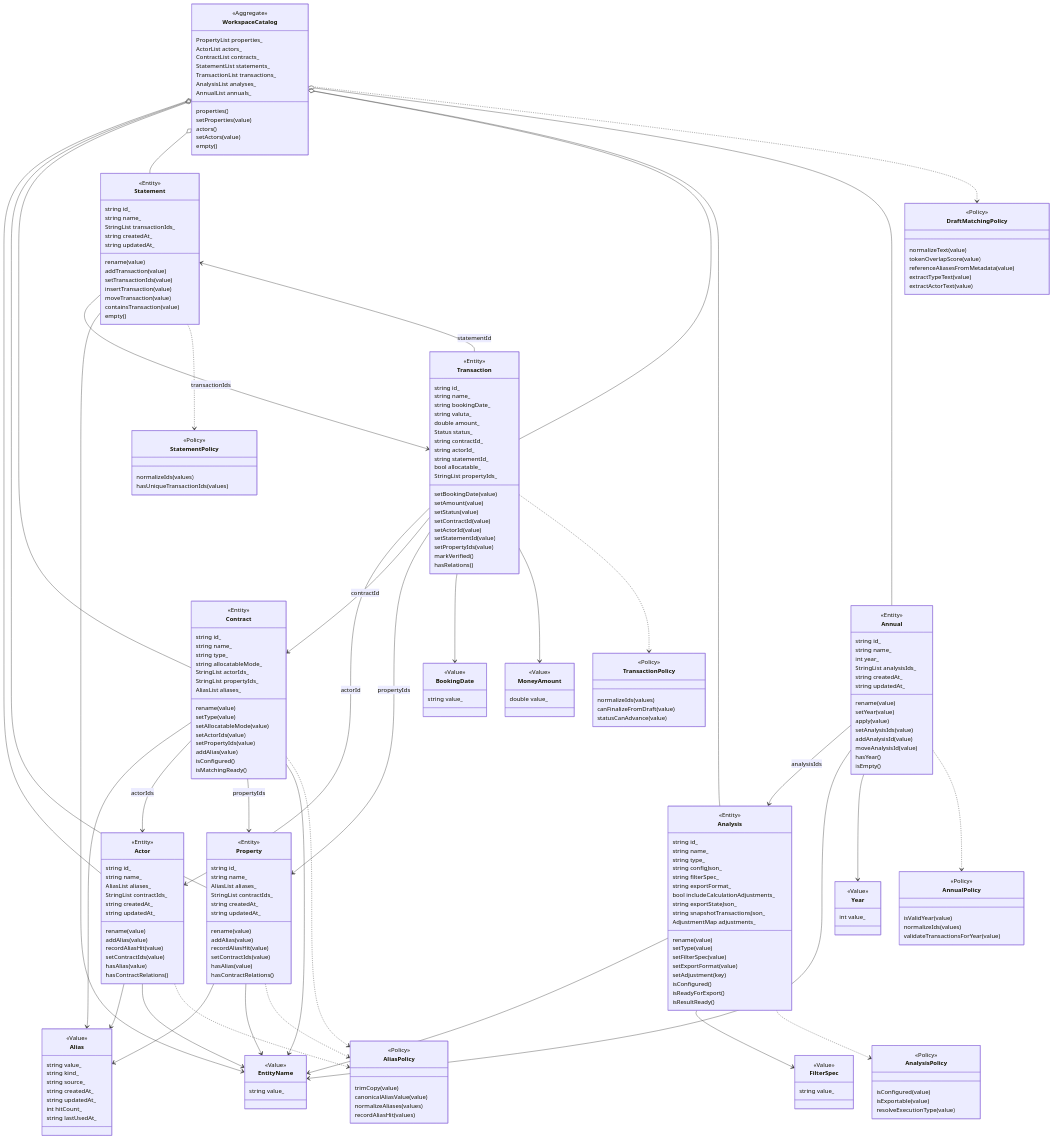
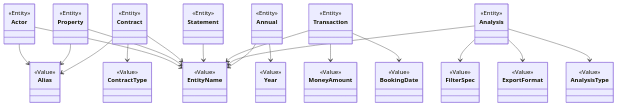
The fourth of 19 diagrams in docs/DESIGN.md (Wiiii90/FOSSredder), drawn with Mermaid before and after one commit. The commit also changed other lines of this file and 6 other files, not shown here.

````diff
--- a/docs/DESIGN.md
+++ b/docs/DESIGN.md
@@ -369,271 +333,71 @@
 classDiagram
     direction TB
 
-    class WorkspaceCatalog {
-        <<Aggregate>>
-        PropertyList properties_
-        ActorList actors_
-        ContractList contracts_
-        StatementList statements_
-        TransactionList transactions_
-        AnalysisList analyses_
-        AnnualList annuals_
-        properties()
-        setProperties(value)
-        actors()
-        setActors(value)
-        empty()
-    }
-
     class Actor {
         <<Entity>>
-        string id_
-        string name_
-        AliasList aliases_
-        StringList contractIds_
-        string createdAt_
-        string updatedAt_
-        rename(value)
-        addAlias(value)
-        recordAliasHit(value)
-        setContractIds(value)
-        hasAlias(value)
-        hasContractRelations()
     }
-
     class Property {
         <<Entity>>
-        string id_
-        string name_
-        AliasList aliases_
-        StringList contractIds_
-        string createdAt_
-        string updatedAt_
-        rename(value)
-        addAlias(value)
-        recordAliasHit(value)
-        setContractIds(value)
-        hasAlias(value)
-        hasContractRelations()
     }
-
     class Contract {
         <<Entity>>
-        string id_
-        string name_
-        string type_
-        string allocatableMode_
-        StringList actorIds_
-        StringList propertyIds_
-        AliasList aliases_
-        rename(value)
-        setType(value)
-        setAllocatableMode(value)
-        setActorIds(value)
-        setPropertyIds(value)
-        addAlias(value)
-        isConfigured()
-        isMatchingReady()
     }
-
     class Statement {
         <<Entity>>
-        string id_
-        string name_
-        StringList transactionIds_
-        string createdAt_
-        string updatedAt_
-        rename(value)
-        addTransaction(value)
-        setTransactionIds(value)
-        insertTransaction(value)
-        moveTransaction(value)
-        containsTransaction(value)
-        empty()
     }
-
     class Transaction {
         <<Entity>>
-        string id_
-        string name_
-        string bookingDate_
-        string valuta_
-        double amount_
-        Status status_
-        string contractId_
-        string actorId_
-        string statementId_
-        bool allocatable_
-        StringList propertyIds_
-        setBookingDate(value)
-        setAmount(value)
-        setStatus(value)
-        setContractId(value)
-        setActorId(value)
-        setStatementId(value)
-        setPropertyIds(value)
-        markVerified()
-        hasRelations()
     }
-
     class Analysis {
         <<Entity>>
-        string id_
-        string name_
-        string type_
-        string configJson_
-        string filterSpec_
-        string exportFormat_
-        bool includeCalculationAdjustments_
-        string exportStateJson_
-        string snapshotTransactionsJson_
-        AdjustmentMap adjustments_
-        rename(value)
-        setType(value)
-        setFilterSpec(value)
-        setExportFormat(value)
-        setAdjustment(key)
-        isConfigured()
-        isReadyForExport()
-        isResultReady()
     }
-
     class Annual {
         <<Entity>>
-        string id_
-        string name_
-        int year_
-        StringList analysisIds_
-        string createdAt_
-        string updatedAt_
-        rename(value)
-        setYear(value)
-        apply(value)
-        setAnalysisIds(value)
-        addAnalysisId(value)
-        moveAnalysisId(value)
-        hasYear()
-        isEmpty()
-    }
-
-    class Alias {
-        <<Value>>
-        string value_
-        string kind_
-        string source_
-        string createdAt_
-        string updatedAt_
-        int hitCount_
-        string lastUsedAt_
     }
 
     class EntityName {
         <<Value>>
-        string value_
     }
-
+    class Alias {
+        <<Value>>
+    }
+    class ContractType {
+        <<Value>>
+    }
     class BookingDate {
         <<Value>>
-        string value_
     }
-
     class MoneyAmount {
         <<Value>>
-        double value_
     }
-
+    class AnalysisType {
+        <<Value>>
+    }
+    class ExportFormat {
+        <<Value>>
+    }
     class FilterSpec {
         <<Value>>
-        string value_
     }
-
     class Year {
         <<Value>>
-        int value_
     }
-
-    class AliasPolicy {
-        <<Policy>>
-        trimCopy(value)
-        canonicalAliasValue(value)
-        normalizeAliases(values)
-        recordAliasHit(values)
-    }
-
-    class TransactionPolicy {
-        <<Policy>>
-        normalizeIds(values)
-        canFinalizeFromDraft(value)
-        statusCanAdvance(value)
-    }
-
-    class StatementPolicy {
-        <<Policy>>
-        normalizeIds(values)
-        hasUniqueTransactionIds(values)
-    }
-
-    class AnalysisPolicy {
-        <<Policy>>
-        isConfigured(value)
-        isExportable(value)
-        resolveExecutionType(value)
-    }
-
-    class AnnualPolicy {
-        <<Policy>>
-        isValidYear(value)
-        normalizeIds(values)
-        validateTransactionsForYear(value)
-    }
-
-    class DraftMatchingPolicy {
-        <<Policy>>
-        normalizeText(value)
-        tokenOverlapScore(value)
-        referenceAliasesFromMetadata(value)
-        extractTypeText(value)
-        extractActorText(value)
-    }
-
-    WorkspaceCatalog o-- Actor
-    WorkspaceCatalog o-- Property
-    WorkspaceCatalog o-- Contract
-    WorkspaceCatalog o-- Statement
-    WorkspaceCatalog o-- Transaction
-    WorkspaceCatalog o-- Analysis
-    WorkspaceCatalog o-- Annual
-
-    Actor --> Alias
-    Property --> Alias
-    Contract --> Alias
-
-    Contract --> Actor : actorIds
-    Contract --> Property : propertyIds
-    Statement --> Transaction : transactionIds
-    Transaction --> Statement : statementId
-    Transaction --> Actor : actorId
-    Transaction --> Contract : contractId
-    Transaction --> Property : propertyIds
-    Annual --> Analysis : analysisIds
 
     Actor --> EntityName
     Property --> EntityName
     Contract --> EntityName
     Statement --> EntityName
+    Transaction --> EntityName
     Analysis --> EntityName
     Annual --> EntityName
+    Actor --> Alias
+    Property --> Alias
+    Contract --> Alias
+    Contract --> ContractType
     Transaction --> BookingDate
     Transaction --> MoneyAmount
+    Analysis --> AnalysisType
+    Analysis --> ExportFormat
     Analysis --> FilterSpec
     Annual --> Year
-
-    Actor ..> AliasPolicy
-    Property ..> AliasPolicy
-    Contract ..> AliasPolicy
-    Statement ..> StatementPolicy
-    Transaction ..> TransactionPolicy
-    Analysis ..> AnalysisPolicy
-    Annual ..> AnnualPolicy
-    WorkspaceCatalog ..> DraftMatchingPolicy
 ```
````
